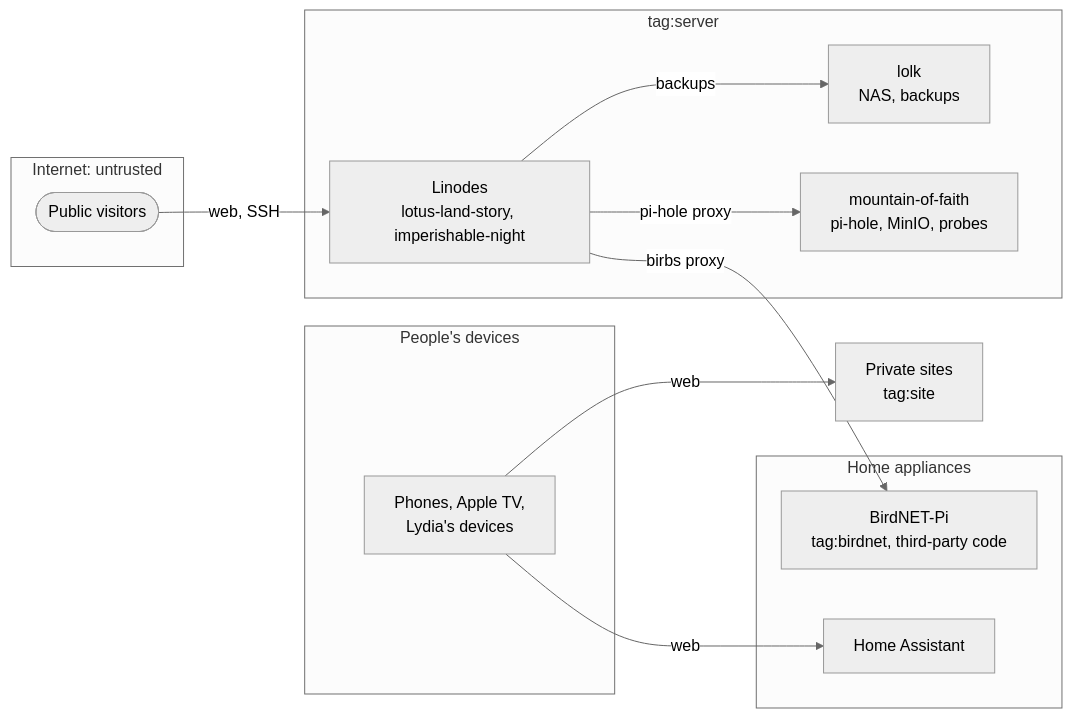
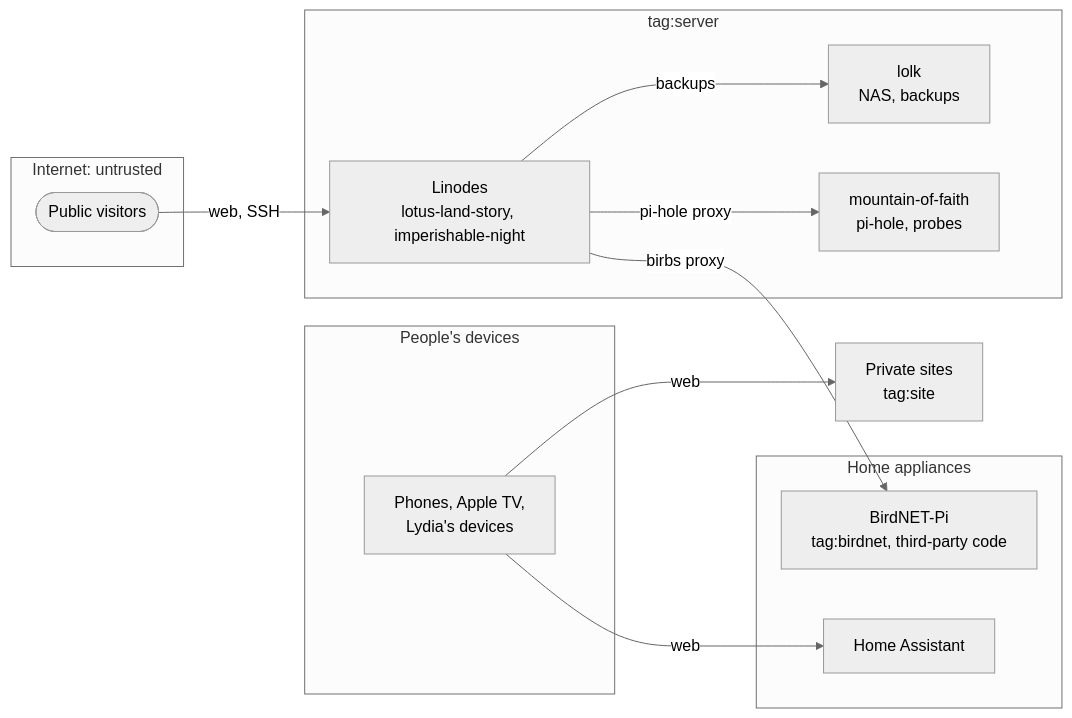
One commit to kejadlen/boxen changed the diagram in docs/tailnet.md. Above: the diagram before and after it, drawn with Mermaid (neutral theme). The commit also changed other lines of this file and 9 other files, not shown here.

Commit message:
mountain-of-faith: remove minio

````diff
--- a/docs/tailnet.md
+++ b/docs/tailnet.md
@@ -35,33 +35,33 @@
 ```mermaid
 flowchart LR
   accTitle: Tailnet trust zones and flows
   accDescr: Public visitors on the internet reach only the Linodes, for public sites and lotus-land-story's SSH. The Linodes back up to lolk, proxy to pi-hole's admin page on mountain-of-faith, and proxy birbs to the BirdNET-Pi. Phones, the Apple TV, and Lydia's devices reach the private sites and Home Assistant.
 
   subgraph internet [Internet: untrusted]
     visitors(["Public visitors"])
   end
 
   subgraph devices [People's devices]
     others["Phones, Apple TV,<br>Lydia's devices"]
   end
 
   subgraph servers [tag:server]
     linodes["Linodes<br>lotus-land-story, imperishable-night"]
     lolk["lolk<br>NAS, backups"]
-    mof["mountain-of-faith<br>pi-hole, MinIO, probes"]
+    mof["mountain-of-faith<br>pi-hole, probes"]
   end
 
   sites["Private sites<br>tag:site"]
 
   subgraph appliances [Home appliances]
     birdnet["BirdNET-Pi<br>tag:birdnet, third-party code"]
     ha["Home Assistant"]
   end
 
   visitors -->|web, SSH| linodes
   others -->|web| sites
   others -->|web| ha
   linodes -->|backups| lolk
   linodes -->|pi-hole proxy| mof
   linodes -->|birbs proxy| birdnet
 ```
````
